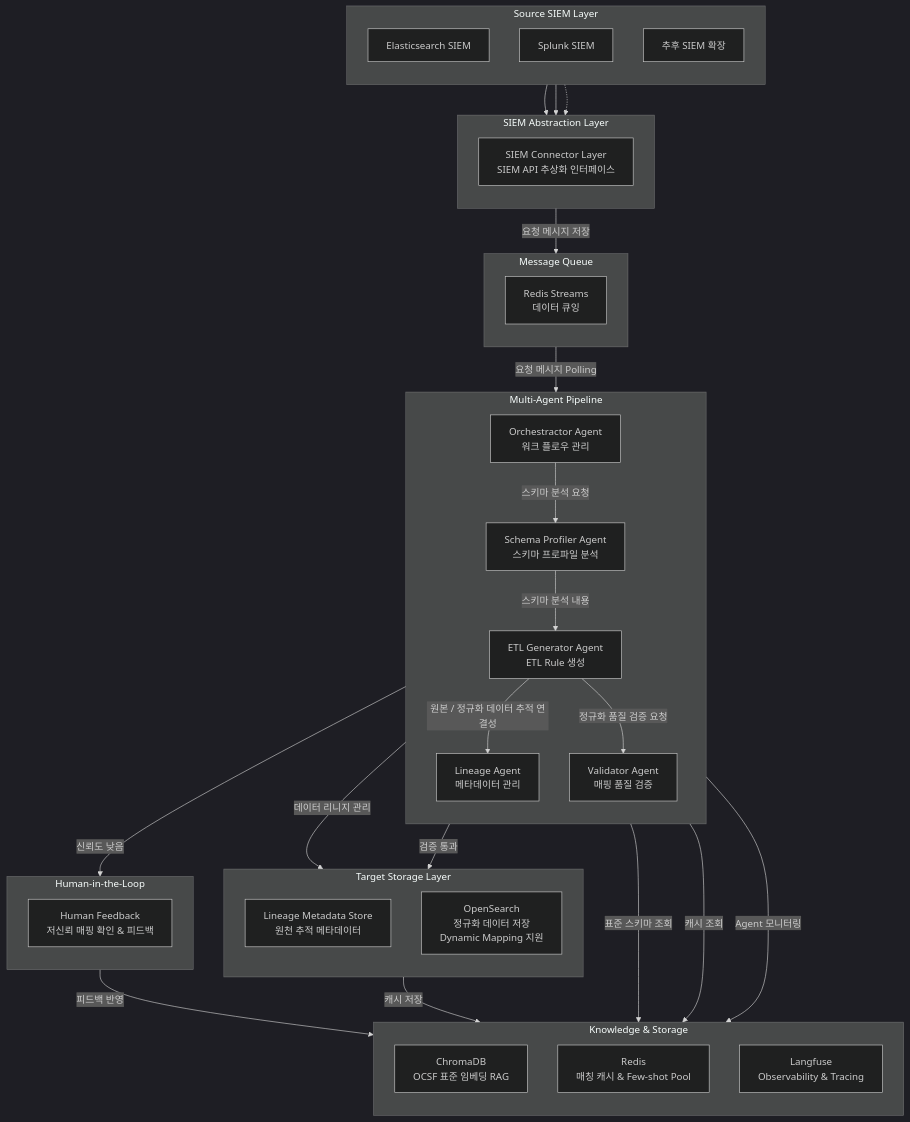
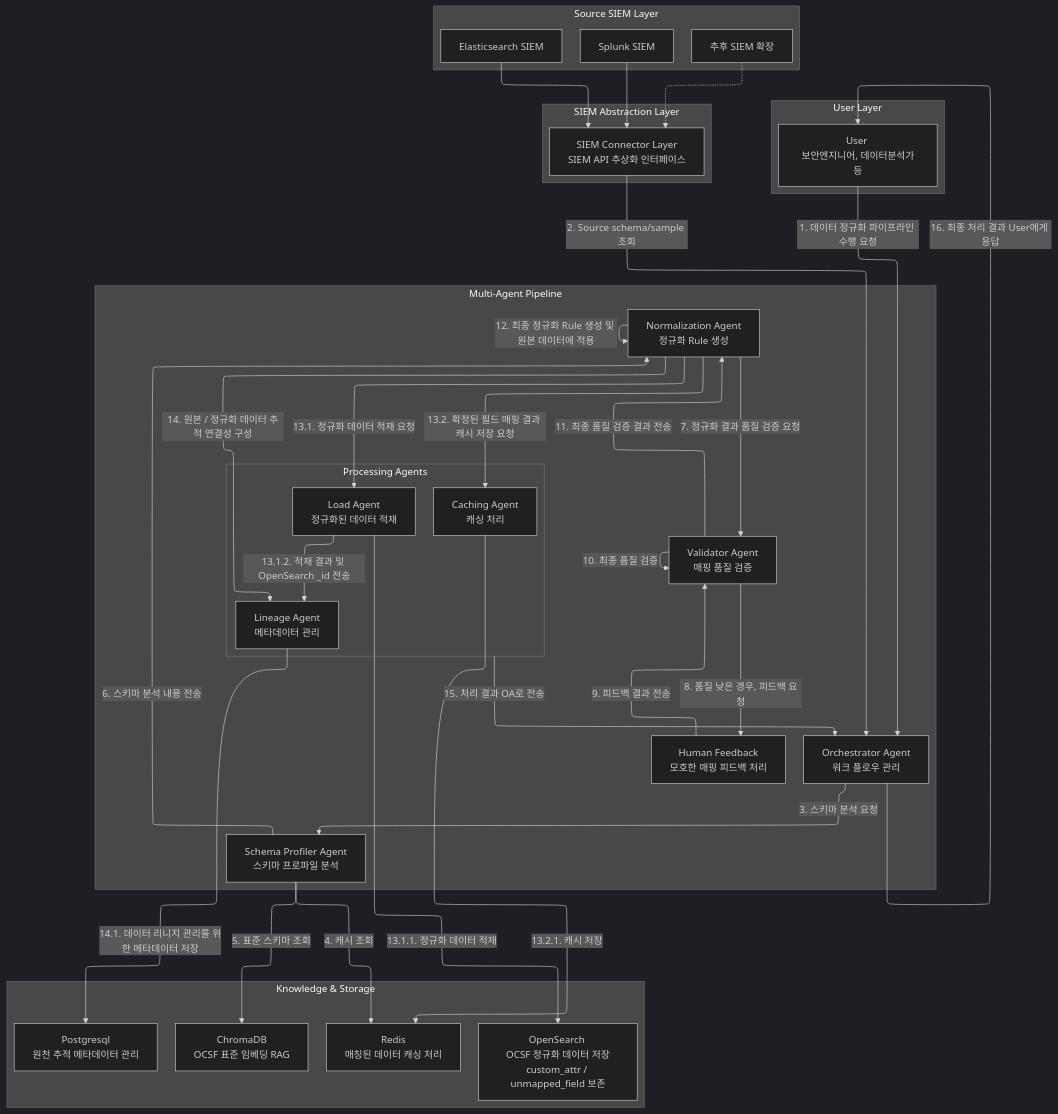
One commit to hobin01/ai-pro-scala-tui changed the diagram in scala-docs/PRD.md. Above: the diagram before and after it, drawn with Mermaid (dark theme). The commit also changed other lines of this file and 19 other files, not shown here.

````diff
--- a/scala-docs/PRD.md
+++ b/scala-docs/PRD.md
@@ -122,58 +118,70 @@
 ```mermaid
+---
+config:
+  layout: elk
+  elk:
+    nodePlacementStrategy: LINEAR_SEGMENTS
+    mergeEdges: true
+---
 graph TD 
   subgraph SourceSIEM [Source SIEM Layer]
-    direction TB
     ES[Elasticsearch SIEM] 
     SP[Splunk SIEM] 
     FUTURE[추후 SIEM 확장] 
   end 
+
+  subgraph UserLayer [User Layer]
+    US[User <br/> 보안엔지니어, 데이터분석가 등 ]
+  end
+
   subgraph SIEMAbstraction [SIEM Abstraction Layer]
-    direction TB 
     CL[SIEM Connector Layer <br/> SIEM API 추상화 인터페이스] 
   end 
-  subgraph MsgQueue [Message Queue]
-    direction TB 
-    RS[Redis Streams <br/> 데이터 큐잉] 
-  end 
+
   subgraph MultiAgent [Multi-Agent Pipeline]
-    direction TB 
-    OA[Orchestractor Agent <br/> 워크 플로우 관리] 
+    OA[Orchestrator Agent <br/> 워크 플로우 관리] 
     PA[Schema Profiler Agent <br/> 스키마 프로파일 분석] 
-    EA[ETL Generator Agent <br/> ETL Rule 생성] 
+    NA[Normalization Agent <br/> 정규화 Rule 생성] 
     VA[Validator Agent <br/> 매핑 품질 검증] 
-    LA[Lineage Agent <br/> 메타데이터 관리] 
-  end 
-  subgraph Knowledge [Knowledge & Storage]
-    direction TB 
-    RAG[ChromaDB <br/> OCSF 표준 임베딩 RAG] 
-    RD[Redis <br/> 매칭 캐시 & Few-shot Pool] 
-    LF[Langfuse <br/> Observability & Tracing] 
-  end 
-  subgraph TargetStorage [Target Storage Layer]
-    direction TB 
-    META[Lineage Metadata Store <br/> 원천 추적 메타데이터] 
-    OS[OpenSearch <br/> 정규화 데이터 저장 <br/> Dynamic Mapping 지원] 
-  end 
-  subgraph HumanLoop [Human-in-the-Loop]
-    direction TB 
-    HITL[Human Feedback <br/> 저신뢰 매핑 확인 & 피드백] 
+    HF[Human Feedback <br/> 모호한 매핑 피드백 처리]
+    %% LO / CA / LA 를 하위 박스로 묶음
+    subgraph ProcAgents [Processing Agents]
+      LO[Load Agent <br/> 정규화된 데이터 적재]
+      CA[Caching Agent <br/> 캐싱 처리]
+      LA[Lineage Agent <br/> 메타데이터 관리] 
+    end
   end 
 
+  subgraph StorageLayer [Knowledge & Storage]
+    RAG[ChromaDB <br/> OCSF 표준 임베딩 RAG] 
+    RD[Redis <br/> 매칭된 데이터 캐싱 처리] 
+    OS[OpenSearch <br/> OCSF 정규화 데이터 저장 custom_attr / unmapped_field 보존] 
+    PO[Postgresql <br/> 원천 추적 메타데이터 관리] 
+  end 
+  
   ES --> CL 
   SP --> CL 
   FUTURE -.-> CL 
-  CL --> |요청 메시지 저장| RS 
-  RS --> |요청 메시지 Polling| OA 
-  OA --> |스키마 분석 요청| PA 
-  PA --> |스키마 분석 내용| EA 
-  EA --> |원본 / 정규화 데이터 추적 연결성| LA 
-  EA --> |정규화 품질 검증 요청| VA 
-  LA --> |데이터 리니지 관리| META 
-  PA --> |표준 스키마 조회| RAG 
-  OS --> |캐시 저장| RD 
-  VA --> |신뢰도 낮음| HITL 
-  VA --> |검증 통과| OS 
-  HITL --> |피드백 반영| RD 
-  PA --> |캐시 조회| RD 
-  OA --> |Agent 모니터링| LF
+  US --> |1. 데이터 정규화 파이프라인 수행 요청| OA
+  CL --> |2. Source schema/sample 조회| OA 
+  OA --> |3. 스키마 분석 요청| PA 
+  PA --> |4. 캐시 조회| RD 
+  PA --> |5. 표준 스키마 조회| RAG 
+  PA --> |6. 스키마 분석 내용 전송| NA 
+  NA --> |7. 정규화 결과 품질 검증 요청| VA 
+  VA --> |8. 품질 낮은 경우, 피드백 요청| HF
+  HF --> |9. 피드백 결과 전송| VA
+  VA --> |10. 최종 품질 검증| VA
+  VA --> |11. 최종 품질 검증 결과 전송| NA
+  NA --> |12. 최종 정규화 Rule 생성 및 원본 데이터에 적용|NA
+  NA --> |13.1. 정규화 데이터 적재 요청| LO 
+  LO --> |13.1.1. 정규화 데이터 적재| OS
+  LO --> |13.1.2. 적재 결과 및 OpenSearch _id 전송| LA
+  NA --> |13.2. 확정된 필드 매핑 결과 캐시 저장 요청| CA
+  CA --> |13.2.1. 캐시 저장|RD
+  NA --> |14. 원본 / 정규화 데이터 추적 연결성 구성| LA 
+  LA --> |14.1. 데이터 리니지 관리를 위한 메타데이터 저장| PO
+  %% 세 개의 결과 전송 엣지를 박스 -> OA 한 줄로 통합
+  ProcAgents --> |15. 처리 결과 OA로 전송| OA
+  OA --> |16. 최종 처리 결과 User에게 응답|US
 ```
````
